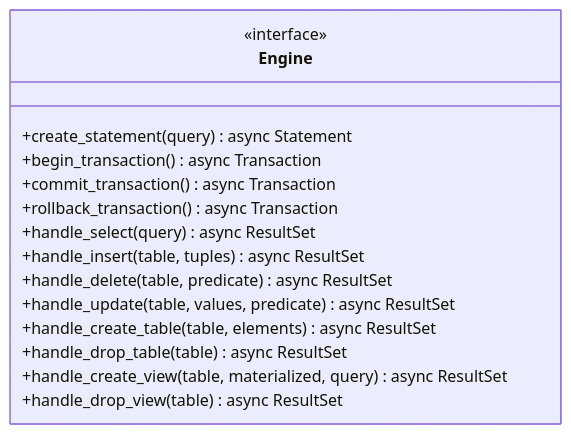
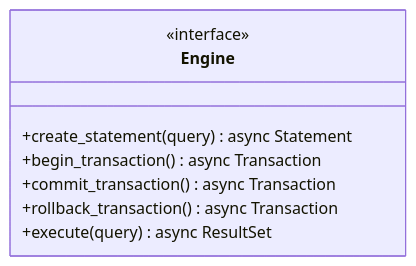
One commit to adityarao2005/database changed the fourth of 4 diagrams in docs/design/README.md. Above: the diagram before and after it, drawn with Mermaid.

Commit message:
refactor: simplify database engine interface by consolidating DML and DDL methods into a single execute method

````diff
--- a/docs/design/README.md
+++ b/docs/design/README.md
@@ -127,24 +127,15 @@
 ```mermaid
 classDiagram
     class Engine {
         <<interface>>
 
         %% statement and transactional
         +create_statement(query) async Statement
         +begin_transaction() async Transaction
         +commit_transaction() async Transaction
         +rollback_transaction() async Transaction
 
         %% dml
-        +handle_select(query) async ResultSet
-        +handle_insert(table, tuples) async ResultSet
-        +handle_delete(table, predicate) async ResultSet
-        +handle_update(table, values, predicate) async ResultSet
-
-        %% ddl
-        +handle_create_table(table, elements) async ResultSet
-        +handle_drop_table(table) async ResultSet
-        +handle_create_view(table, materialized, query) async ResultSet
-        +handle_drop_view(table) async ResultSet
+        +execute(query) async ResultSet
     }
 ```
````
